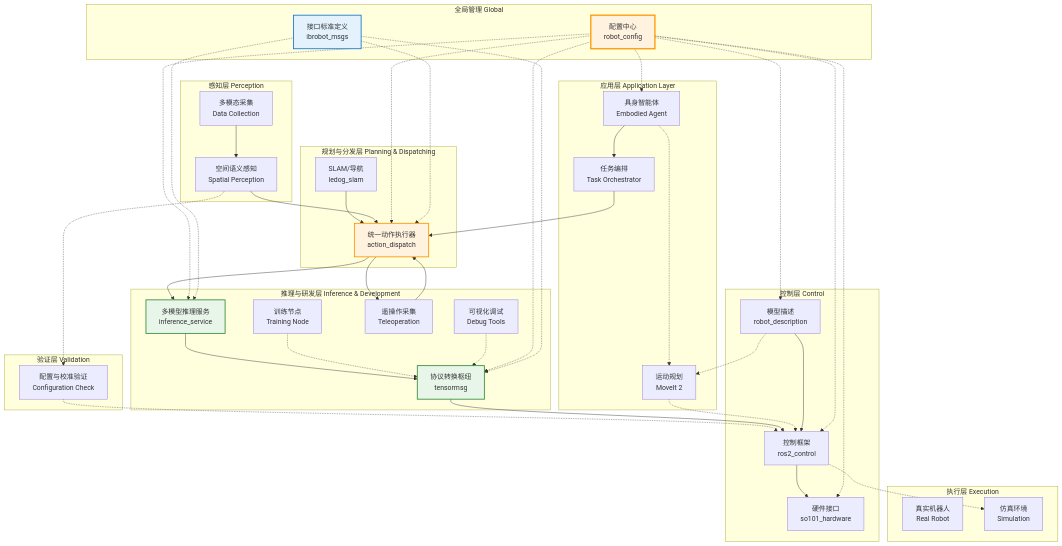
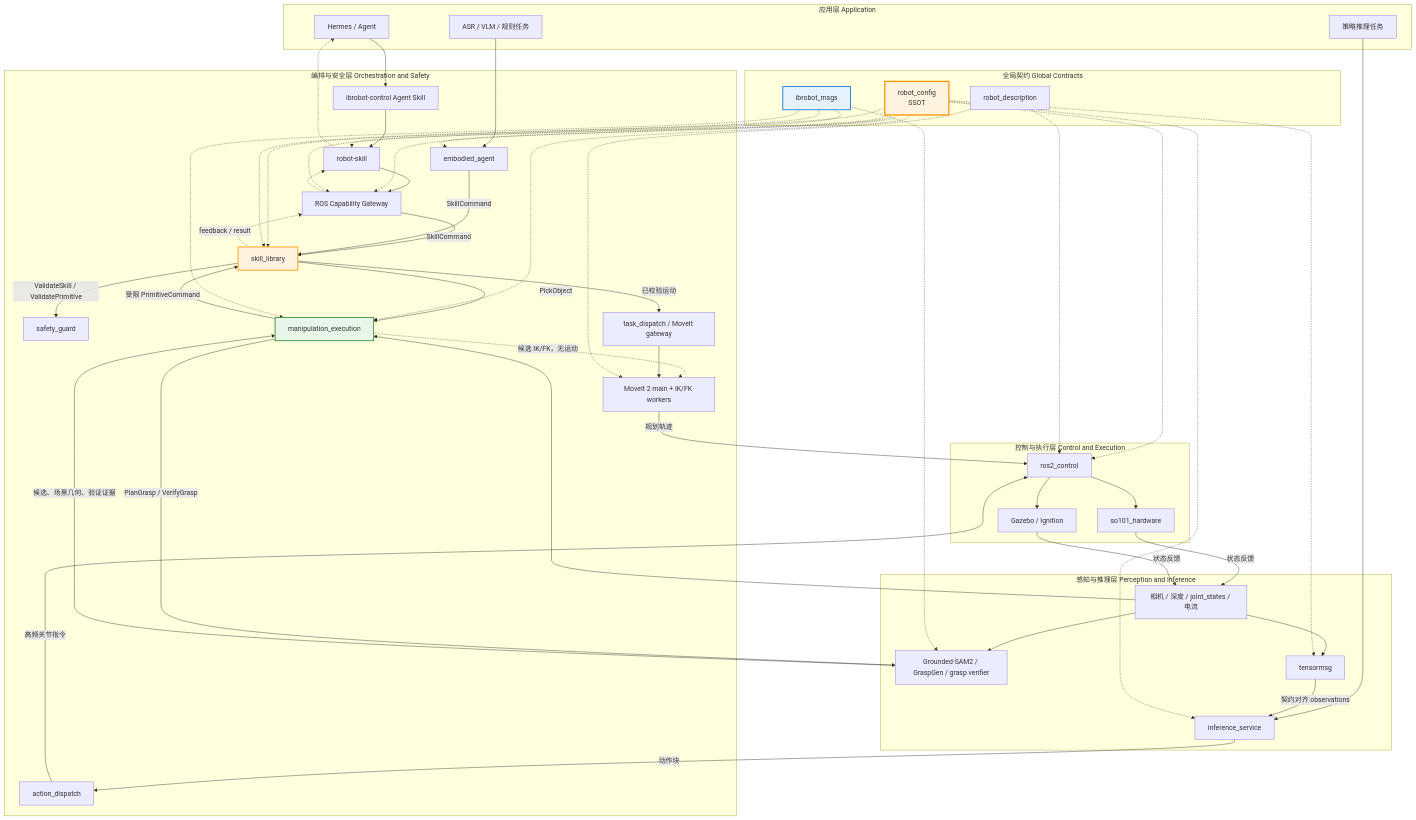
Before and after one commit to StoneStar-Aiknow/IB_Robot: the diagram in docs/architecture.md, drawn with Mermaid. The commit also changed 9 other files, not shown here.

````diff
--- a/docs/architecture.md
+++ b/docs/architecture.md
@@ -86,92 +86,92 @@
 ```mermaid
-graph TB
-    subgraph "应用层 Application Layer"
-        A1["具身智能体<br/>Embodied Agent"]
-        A2["任务编排<br/>Task Orchestrator"]
-        A3["运动规划<br/>MoveIt 2"]
+flowchart TB
+    subgraph application["应用层 Application"]
+        Hermes["Hermes / Agent"]
+        NaturalLanguage["ASR / VLM / 规则任务"]
+        PolicyRequest["策略推理任务"]
     end
 
-    subgraph "规划与分发层 Planning & Dispatching"
-        N1["SLAM/导航<br/>ledog_slam"]
-        N2["统一动作执行器<br/>action_dispatch"]
+    subgraph orchestration["编排与安全层 Orchestration and Safety"]
+        AgentSkill["ibrobot-control Agent Skill"]
+        CLI["robot-skill"]
+        Gateway["ROS Capability Gateway"]
+        Agent["embodied_agent"]
+        Skill["skill_library"]
+        Safety["safety_guard"]
+        Pick["manipulation_execution"]
+        Motion["task_dispatch / MoveIt gateway"]
+        MoveIt["MoveIt 2 main + IK/FK workers"]
+        Dispatch["action_dispatch"]
     end
 
-    subgraph "推理与研发层 Inference & Development"
-        I1["协议转换枢纽<br/>tensormsg"]
-        I2["多模型推理服务<br/>inference_service"]
-        I3["训练节点<br/>Training Node"]
-        I4["遥操作采集<br/>Teleoperation"]
-        I5["可视化调试<br/>Debug Tools"]
+    subgraph intelligence["感知与推理层 Perception and Inference"]
+        Sensor["相机 / 深度 / joint_states / 电流"]
+        GraspPerception["Grounded-SAM2 / GraspGen / grasp verifier"]
+        Tensor["tensormsg"]
+        Inference["inference_service"]
     end
 
-    subgraph "感知层 Perception"
-        S1["多模态采集<br/>Data Collection"]
-        S2["空间语义感知<br/>Spatial Perception"]
+    subgraph control["控制与执行层 Control and Execution"]
+        Controller["ros2_control"]
+        Hardware["so101_hardware"]
+        Simulation["Gazebo / Ignition"]
     end
 
-    subgraph "验证层 Validation"
-        V1["配置与校准验证<br/>Configuration Check"]
+    subgraph global["全局契约 Global Contracts"]
+        Config["robot_config<br/>SSOT"]
+        Interfaces["ibrobot_msgs"]
+        Description["robot_description"]
     end
 
-    subgraph "控制层 Control"
-        C1["控制框架<br/>ros2_control"]
-        C2["硬件接口<br/>so101_hardware"]
-        C3["模型描述<br/>robot_description"]
-    end
+    Hermes --> AgentSkill
+    AgentSkill --> CLI
+    CLI --> Gateway
+    Gateway -->|"SkillCommand"| Skill
+    Skill -.->|"feedback / result"| Gateway
+    Gateway -.-> CLI
+    CLI -.-> Hermes
+    NaturalLanguage --> Agent
+    Agent -->|"SkillCommand"| Skill
+    Skill -->|"ValidateSkill / ValidatePrimitive"| Safety
+    Skill -->|"PickObject"| Pick
+    Pick -->|"PlanGrasp / VerifyGrasp"| GraspPerception
+    GraspPerception -->|"候选、场景几何、验证证据"| Pick
+    Pick -->|"受限 PrimitiveCommand"| Skill
+    Skill -->|"已校验运动"| Motion
+    Pick -.->|"候选 IK/FK，无运动"| MoveIt
+    Motion --> MoveIt
+    MoveIt -->|"规划轨迹"| Controller
 
-    subgraph "执行层 Execution"
-        E1["真实机器人<br/>Real Robot"]
-        E2["仿真环境<br/>Simulation"]
-    end
+    PolicyRequest --> Inference
+    Sensor --> Tensor
+    Tensor -->|"契约对齐 observations"| Inference
+    Inference -->|"动作块"| Dispatch
+    Dispatch -->|"高频关节指令"| Controller
 
-    subgraph "全局管理 Global"
-        G1["配置中心<br/>robot_config"]
-        G2["接口标准定义<br/>ibrobot_msgs"]
-    end
+    Controller --> Hardware
+    Controller --> Simulation
+    Hardware -->|"状态反馈"| Sensor
+    Simulation -->|"状态反馈"| Sensor
+    Sensor --> GraspPerception
+    Sensor --> Pick
 
-    %% 数据流
-    A1 --> A2
-    A2 --> N2
-    A1 -.-> A3
-    
-    N1 --> N2
-    N2 --> I2
-    N2 --> I4
-    I4 --> N2
-    
-    I2 --> I1
-    I3 -.-> I1
-    I5 -.-> I1
-    
-    S1 --> S2
-    S2 --> N2
-    S2 -.-> V1
-    V1 -.-> C1
-    
-    I1 --> C1
-    A3 -.-> C1
-    
-    C1 --> C2
-    C1 -.-> E2
-    
-    C3 --> C1
-    C3 -.-> A3
-    
-    G1 -.-> A1
-    G1 -.-> N2
-    G1 -.-> I1
-    G1 -.-> I2
-    G1 -.-> C1
-    G1 -.-> C2
-    G1 -.-> C3
-    
-    G2 -.-> I1
-    G2 -.-> I2
-    G2 -.-> N2
+    Config -.-> CLI
+    Config -.-> Gateway
+    Config -.-> Agent
+    Config -.-> Skill
+    Config -.-> Pick
+    Config -.-> Tensor
+    Config -.-> Inference
+    Config -.-> Controller
+    Interfaces -.-> Gateway
+    Interfaces -.-> Skill
+    Interfaces -.-> Pick
+    Interfaces -.-> GraspPerception
+    Description -.-> MoveIt
+    Description -.-> Controller
 
-    style G1 fill:#fff3e0,stroke:#ff9800,stroke-width:3px
-    style G2 fill:#e3f2fd,stroke:#1976d2,stroke-width:2px
-    style I1 fill:#e8f5e9,stroke:#388e3c,stroke-width:2px
-    style I2 fill:#e8f5e9,stroke:#388e3c,stroke-width:2px
-    style N2 fill:#fff3e0,stroke:#ff9800,stroke-width:2px
+    style Config fill:#fff3e0,stroke:#ff9800,stroke-width:3px
+    style Interfaces fill:#e3f2fd,stroke:#1976d2,stroke-width:2px
+    style Skill fill:#fff3e0,stroke:#ff9800,stroke-width:2px
+    style Pick fill:#e8f5e9,stroke:#388e3c,stroke-width:2px
 ```
````
